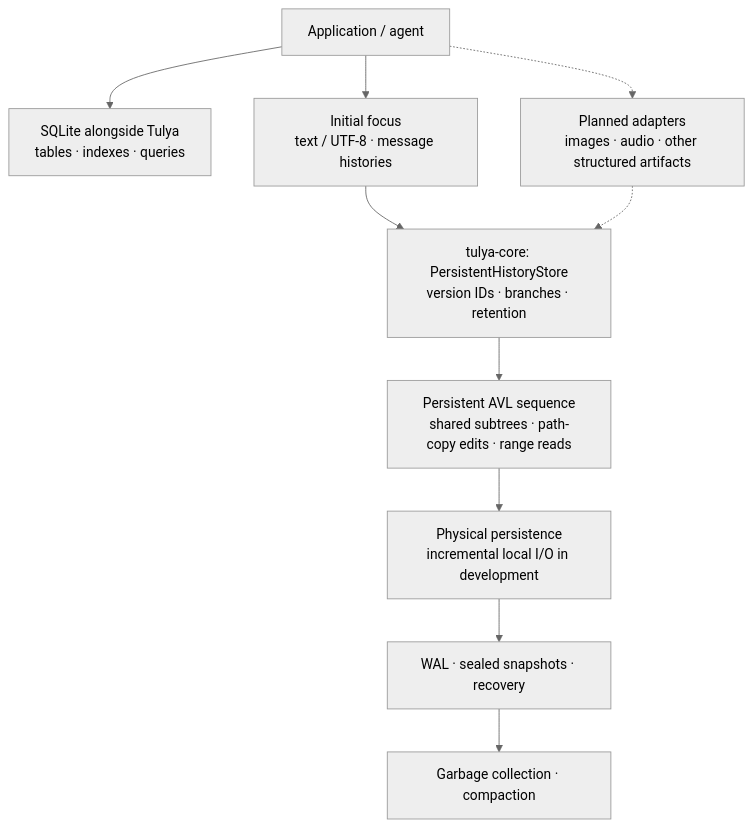
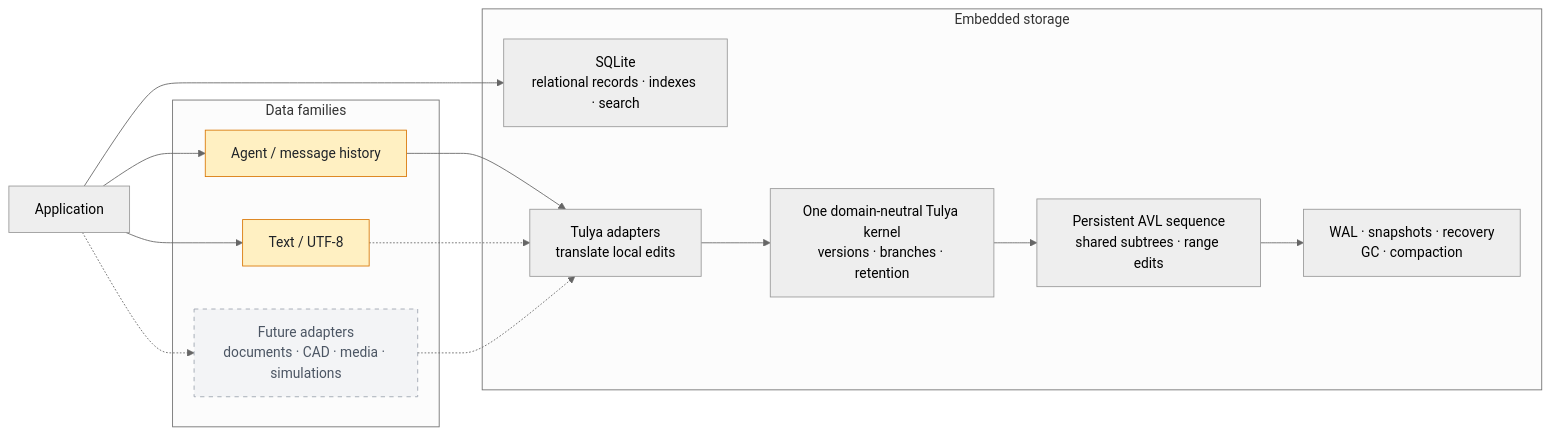
Before and after one commit to Vedsaga/tulya-checkpoint-store: the diagram in README.md, drawn with Mermaid (neutral theme). The commit also changed other lines of this file, not shown here.

Commit message:
docs: rewrite README to clarify the distinction between Tulya and SQLite, update benchmark analysis, and refine project documentation.

````diff
--- a/README.md
+++ b/README.md
@@ -130,22 +151,34 @@
-```mermaid
-flowchart TD
-    App["Application / agent"]
-    SQLite["SQLite alongside Tulya<br/>tables · indexes · queries"]
-    Initial["Initial focus<br/>text / UTF-8 · message histories"]
-    Future["Planned adapters<br/>images · audio · other structured artifacts"]
-    History["tulya-core: PersistentHistoryStore<br/>version IDs · branches · retention"]
-    Tree["Persistent AVL sequence<br/>shared subtrees · path-copy edits · range reads"]
-    Disk["Physical persistence<br/>incremental local I/O in development"]
-    Recovery["WAL · sealed snapshots · recovery"]
-    GC["Garbage collection · compaction"]
+~~~mermaid
+flowchart LR
+    App["Application"]
+
+    subgraph Families["Data families"]
+        Messages["Agent / message history"]
+        Text["Text / UTF-8"]
+        Future["Future adapters<br/>documents · CAD · media · simulations"]
+    end
+
+    subgraph Storage["Embedded storage"]
+        SQLite["SQLite<br/>relational records · indexes · search"]
+        Adapters["Tulya adapters<br/>translate local edits"]
+        Core["One domain-neutral Tulya kernel<br/>versions · branches · retention"]
+        Tree["Persistent AVL sequence<br/>shared subtrees · range edits"]
+        Durable["WAL · snapshots · recovery<br/>GC · compaction"]
+    end
 
     App --> SQLite
-    App --> Initial
+    App --> Messages
+    App --> Text
     App -.-> Future
-    Initial --> History
-    Future -.-> History
-    History --> Tree
-    Tree --> Disk
-    Disk --> Recovery
-    Recovery --> GC
-```
+    Messages --> Adapters
+    Text -.-> Adapters
+    Future -.-> Adapters
+    Adapters --> Core
+    Core --> Tree
+    Tree --> Durable
+
+    classDef current fill:#fff0c2,stroke:#d97706,color:#1f2328;
+    classDef future fill:#f3f4f6,stroke:#9ca3af,color:#4b5563,stroke-dasharray:5 5;
+    class Messages,Text current;
+    class Future future;
+~~~
````
